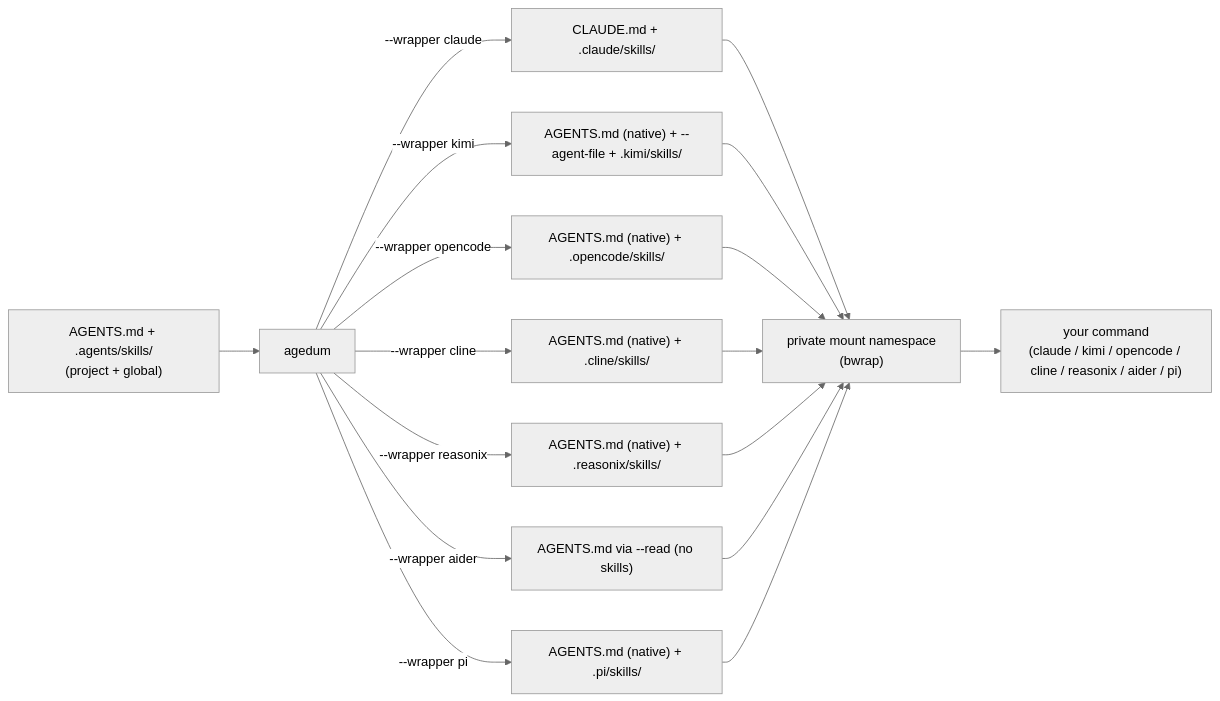
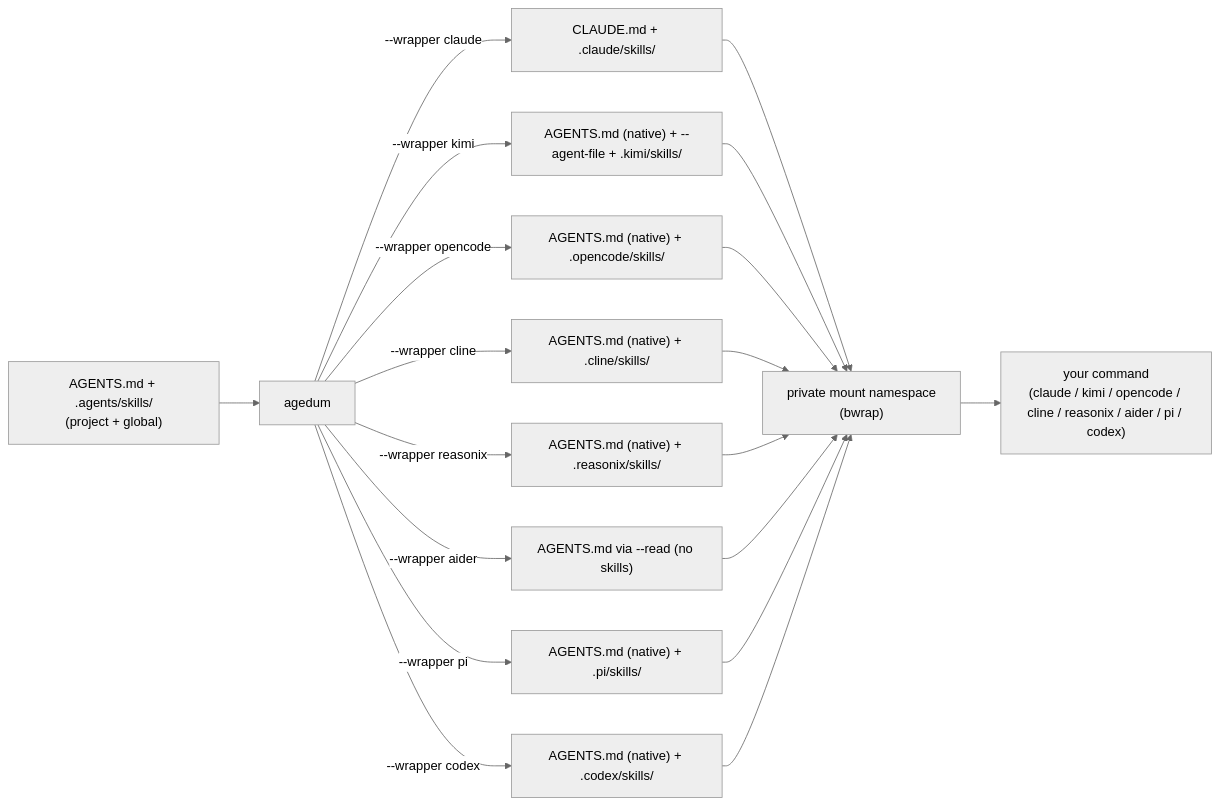
The diagram in docs/index.md (vcoeur/agedum), drawn with Mermaid (neutral theme) before and after one commit. The commit also changed 18 other files, not shown here.

````diff
--- a/docs/index.md
+++ b/docs/index.md
@@ -61,19 +61,21 @@
 ```mermaid
 flowchart LR
   src["AGENTS.md + .agents/skills/<br/>(project + global)"] --> agedum
   agedum -->|"--wrapper claude"| cl["CLAUDE.md + .claude/skills/"]
   agedum -->|"--wrapper kimi"| ki["AGENTS.md (native) + --agent-file + .kimi/skills/"]
   agedum -->|"--wrapper opencode"| oc["AGENTS.md (native) + .opencode/skills/"]
   agedum -->|"--wrapper cline"| cln["AGENTS.md (native) + .cline/skills/"]
   agedum -->|"--wrapper reasonix"| rx["AGENTS.md (native) + .reasonix/skills/"]
   agedum -->|"--wrapper aider"| ai["AGENTS.md via --read (no skills)"]
   agedum -->|"--wrapper pi"| pi["AGENTS.md (native) + .pi/skills/"]
+  agedum -->|"--wrapper codex"| cx["AGENTS.md (native) + .codex/skills/"]
   cl --> ns["private mount namespace<br/>(bwrap)"]
   ki --> ns
   oc --> ns
   cln --> ns
   rx --> ns
   ai --> ns
   pi --> ns
-  ns --> cmd["your command<br/>(claude / kimi / opencode / cline / reasonix / aider / pi)"]
+  cx --> ns
+  ns --> cmd["your command<br/>(claude / kimi / opencode / cline / reasonix / aider / pi / codex)"]
 ```
````
